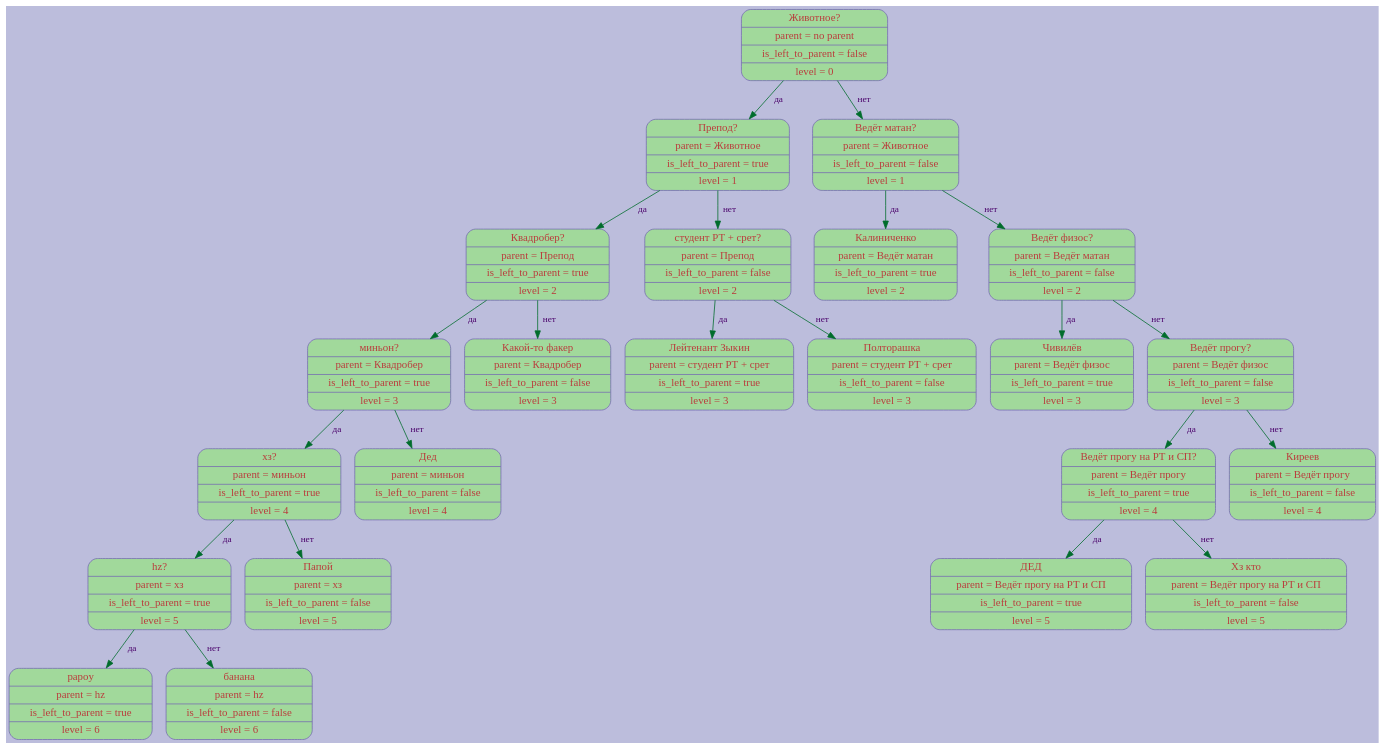
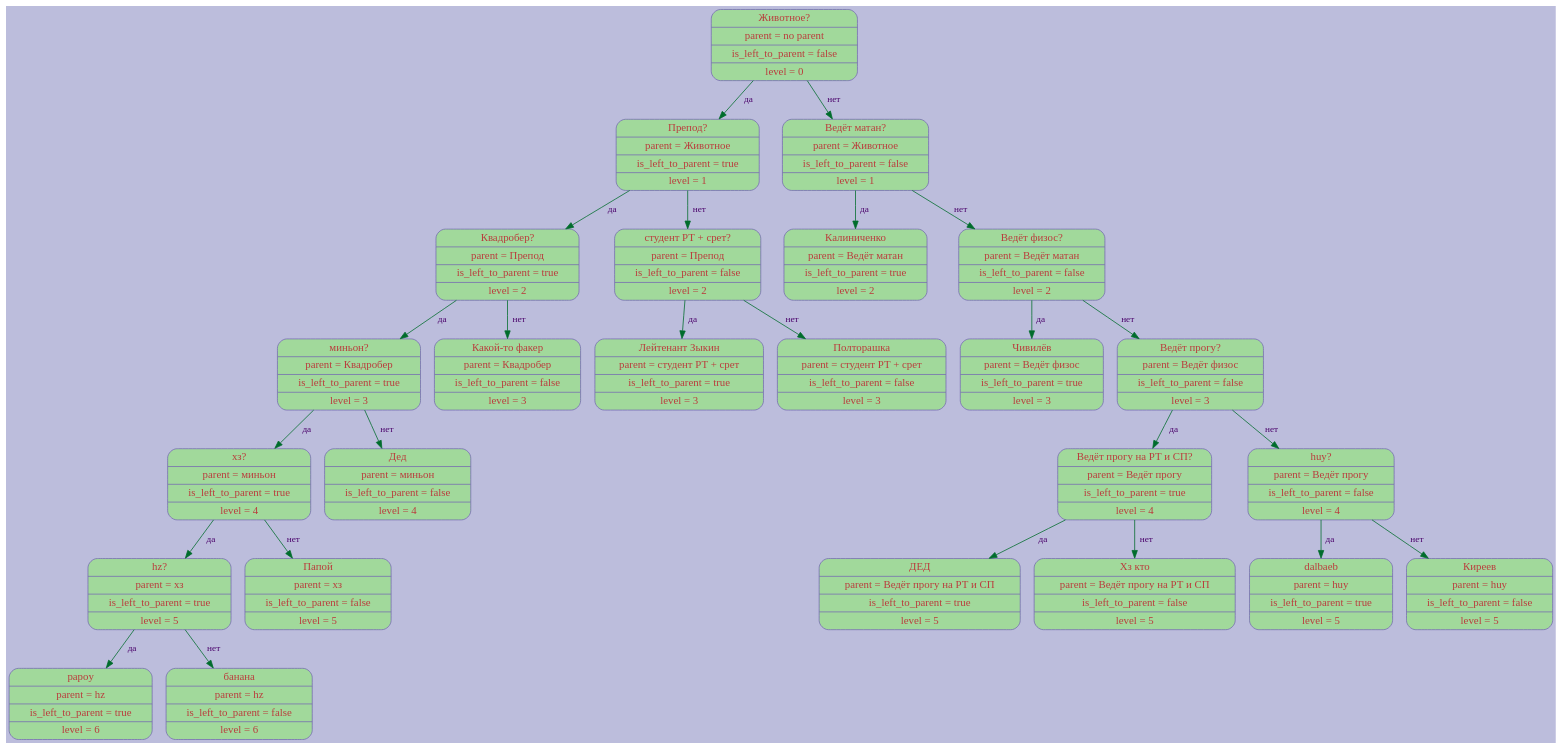
The diagram in logs/dot_files/DataBase.dot (sevaphasol/akinator), drawn with Graphviz before and after one commit. The commit also changed 2 other files, not shown here.

```diff
--- a/logs/dot_files/DataBase.dot
+++ b/logs/dot_files/DataBase.dot
@@ -1,29 +1,31 @@
 digraph G{
 rankdir=HR;
 node[style=filled, color="#756bb1", fillcolor="#a1d99b",fontcolor="#ba3d3d", fontsize=14];
 edge[color="#006d2c", fontsize=12, penwidth=1, fontcolor = "#49006a"];
 bgcolor="#bcbddc";
 elem1[shape="Mrecord", label= "{Животное? | parent = no parent | is_left_to_parent = false | level = 0}"];
 elem1->elem2[label = " да "];elem2[shape="Mrecord", label= "{Препод? | parent = Животное | is_left_to_parent = true | level = 1}"];
 elem2->elem3[label = " да "];elem3[shape="Mrecord", label= "{Квадробер? | parent = Препод | is_left_to_parent = true | level = 2}"];
 elem3->elem4[label = " да "];elem4[shape="Mrecord", label= "{миньон? | parent = Квадробер | is_left_to_parent = true | level = 3}"];
 elem4->elem5[label = " да "];elem5[shape="Mrecord", label= "{хз? | parent = миньон | is_left_to_parent = true | level = 4}"];
 elem5->elem6[label = " да "];elem6[shape="Mrecord", label= "{hz? | parent = хз | is_left_to_parent = true | level = 5}"];
 elem6->elem7[label = " да "];elem7[shape="Mrecord", label= "{papoy | parent = hz | is_left_to_parent = true | level = 6}"];
 elem6->elem8[label = " нет "];elem8[shape="Mrecord", label= "{банана | parent = hz | is_left_to_parent = false | level = 6}"];
 elem5->elem9[label = " нет "];elem9[shape="Mrecord", label= "{Папой | parent = хз | is_left_to_parent = false | level = 5}"];
 elem4->elem10[label = " нет "];elem10[shape="Mrecord", label= "{Дед | parent = миньон | is_left_to_parent = false | level = 4}"];
 elem3->elem11[label = " нет "];elem11[shape="Mrecord", label= "{Какой-то факер | parent = Квадробер | is_left_to_parent = false | level = 3}"];
 elem2->elem12[label = " нет "];elem12[shape="Mrecord", label= "{студент РТ + срет? | parent = Препод | is_left_to_parent = false | level = 2}"];
 elem12->elem13[label = " да "];elem13[shape="Mrecord", label= "{Лейтенант Зыкин | parent = студент РТ + срет | is_left_to_parent = true | level = 3}"];
 elem12->elem14[label = " нет "];elem14[shape="Mrecord", label= "{Полторашка | parent = студент РТ + срет | is_left_to_parent = false | level = 3}"];
 elem1->elem15[label = " нет "];elem15[shape="Mrecord", label= "{Ведёт матан? | parent = Животное | is_left_to_parent = false | level = 1}"];
 elem15->elem16[label = " да "];elem16[shape="Mrecord", label= "{Калиниченко | parent = Ведёт матан | is_left_to_parent = true | level = 2}"];
 elem15->elem17[label = " нет "];elem17[shape="Mrecord", label= "{Ведёт физос? | parent = Ведёт матан | is_left_to_parent = false | level = 2}"];
 elem17->elem18[label = " да "];elem18[shape="Mrecord", label= "{Чивилёв | parent = Ведёт физос | is_left_to_parent = true | level = 3}"];
 elem17->elem19[label = " нет "];elem19[shape="Mrecord", label= "{Ведёт прогу? | parent = Ведёт физос | is_left_to_parent = false | level = 3}"];
 elem19->elem20[label = " да "];elem20[shape="Mrecord", label= "{Ведёт прогу на РТ и СП? | parent = Ведёт прогу | is_left_to_parent = true | level = 4}"];
 elem20->elem21[label = " да "];elem21[shape="Mrecord", label= "{ДЕД | parent = Ведёт прогу на РТ и СП | is_left_to_parent = true | level = 5}"];
 elem20->elem22[label = " нет "];elem22[shape="Mrecord", label= "{Хз кто | parent = Ведёт прогу на РТ и СП | is_left_to_parent = false | level = 5}"];
-elem19->elem23[label = " нет "];elem23[shape="Mrecord", label= "{Киреев | parent = Ведёт прогу | is_left_to_parent = false | level = 4}"];
+elem19->elem23[label = " нет "];elem23[shape="Mrecord", label= "{huy? | parent = Ведёт прогу | is_left_to_parent = false | level = 4}"];
+elem23->elem24[label = " да "];elem24[shape="Mrecord", label= "{dalbaeb | parent = huy | is_left_to_parent = true | level = 5}"];
+elem23->elem25[label = " нет "];elem25[shape="Mrecord", label= "{Киреев | parent = huy | is_left_to_parent = false | level = 5}"];
 }
```
